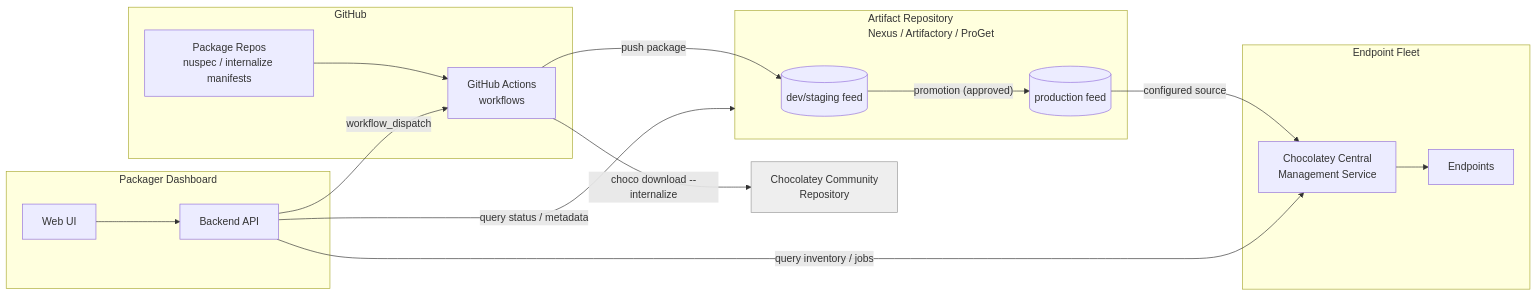
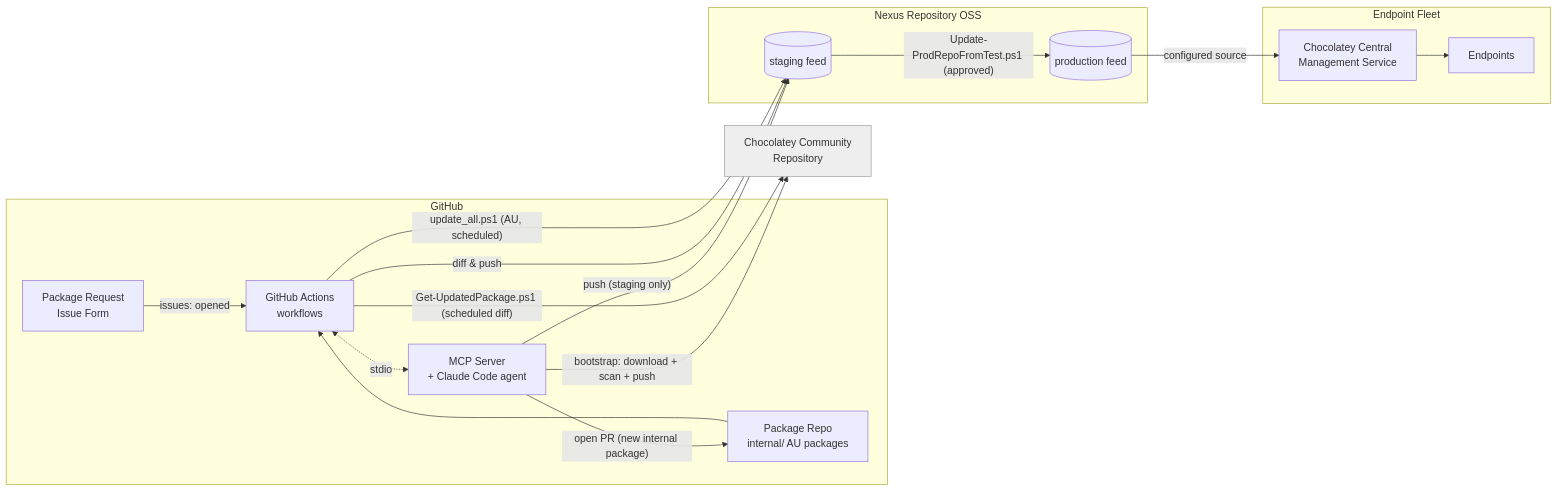
Before and after one commit to patsaindon/chocolatey-packages: the first of 2 diagrams in docs/architecture.md, drawn with Mermaid. The commit also changed other lines of this file, not shown here.

First line of the commit message:
Update docs/architecture.md to reflect the implemented AU/MCP model

````diff
--- a/docs/architecture.md
+++ b/docs/architecture.md
@@ -33,37 +33,36 @@
 ```mermaid
 flowchart LR
     subgraph GH[GitHub]
-        REPO[Package Repos<br/>nuspec / internalize manifests]
+        ISSUE[Package Request<br/>Issue Form]
+        REPO[Package Repo<br/>internal/ AU packages]
         GHA[GitHub Actions<br/>workflows]
+        MCP[MCP Server<br/>+ Claude Code agent]
+        ISSUE -- "issues: opened" --> GHA
+        GHA <-. stdio .-> MCP
         REPO --> GHA
     end
 
-    subgraph PORTAL[Packager Dashboard]
-        UI[Web UI]
-        API[Backend API]
-        UI --> API
-    end
-
-    subgraph FEED[Artifact Repository<br/>Nexus / Artifactory / ProGet]
-        DEV[(dev/staging feed)]
+    subgraph FEED[Nexus Repository OSS]
+        DEV[(staging feed)]
         PROD[(production feed)]
     end
 
     subgraph ENDPOINTS[Endpoint Fleet]
         CCM[Chocolatey Central<br/>Management Service]
         EP1[Endpoints]
         CCM --> EP1
     end
 
     CHOCO[Chocolatey Community<br/>Repository]:::ext
 
-    API -- "workflow_dispatch" --> GHA
-    GHA -- "choco download --internalize" --> CHOCO
-    GHA -- push package --> DEV
-    DEV -- "promotion (approved)" --> PROD
+    MCP -- "bootstrap: download + scan + push" --> CHOCO
+    MCP -- "push (staging only)" --> DEV
+    MCP -- "open PR (new internal package)" --> REPO
+    GHA -- "Get-UpdatedPackage.ps1 (scheduled diff)" --> CHOCO
+    GHA -- "diff & push" --> DEV
+    GHA -- "update_all.ps1 (AU, scheduled)" --> DEV
+    DEV -- "Update-ProdRepoFromTest.ps1 (approved)" --> PROD
     PROD -- "configured source" --> CCM
-    API -- "query status / metadata" --> FEED
-    API -- "query inventory / jobs" --> CCM
 
     classDef ext fill:#eee,stroke:#999;
 ```
````
